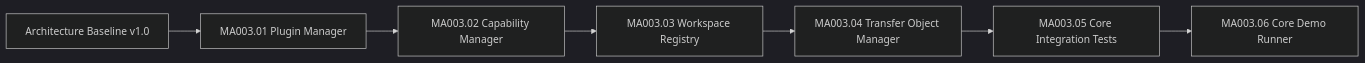
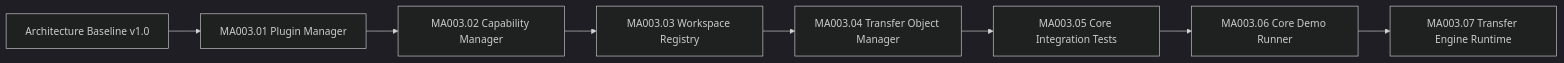
The diagram in Docs/Development/MA003_Progress.md (rk-engineeringAToutlook-de/RKWorkspace), drawn with Mermaid (dark theme) before and after one commit. The commit also changed other lines of this file and 16 other files, not shown here.

Commit message:
feat(core): add transfer engine runtime

````diff
--- a/Docs/Development/MA003_Progress.md
+++ b/Docs/Development/MA003_Progress.md
@@ -14,9 +14,10 @@
 ```mermaid
 flowchart LR
     Baseline["Architecture Baseline v1.0"] --> MA00301["MA003.01 Plugin Manager"]
     MA00301 --> MA00302["MA003.02 Capability Manager"]
     MA00302 --> MA00303["MA003.03 Workspace Registry"]
     MA00303 --> MA00304["MA003.04 Transfer Object Manager"]
     MA00304 --> MA00305["MA003.05 Core Integration Tests"]
     MA00305 --> MA00306["MA003.06 Core Demo Runner"]
+    MA00306 --> MA00307["MA003.07 Transfer Engine Runtime"]
 ```
````
